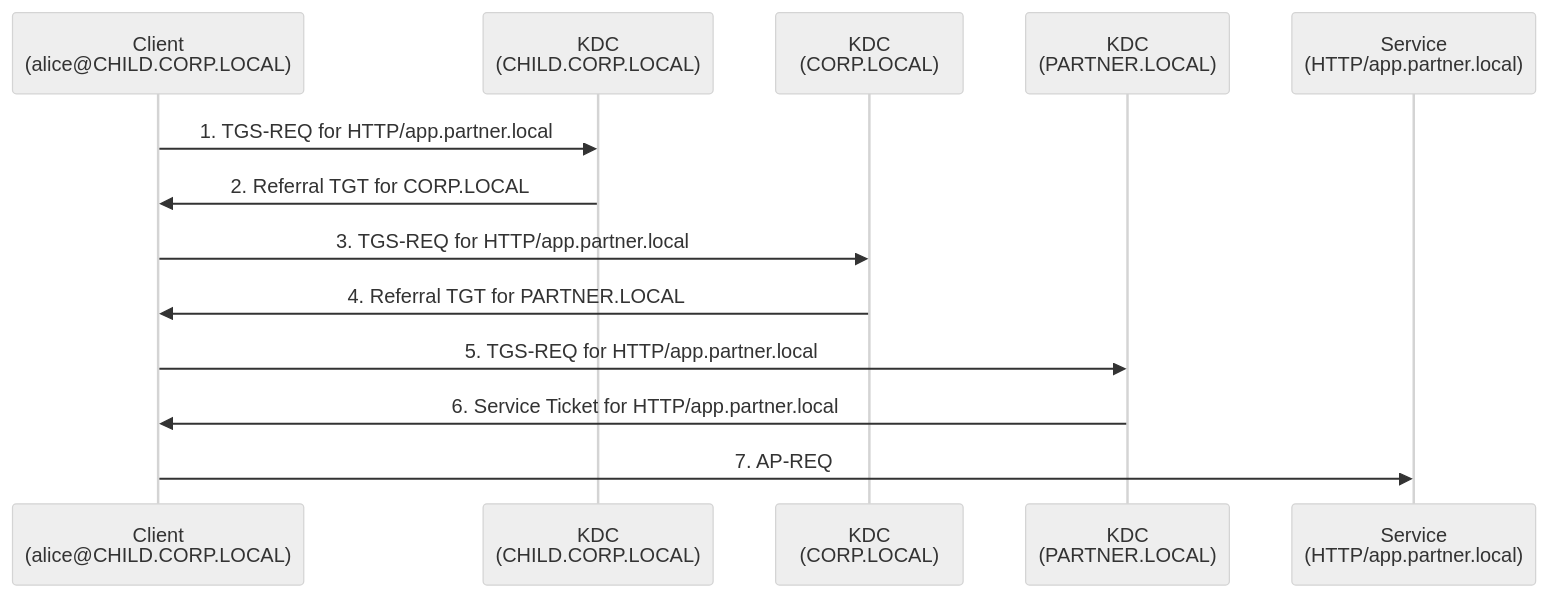
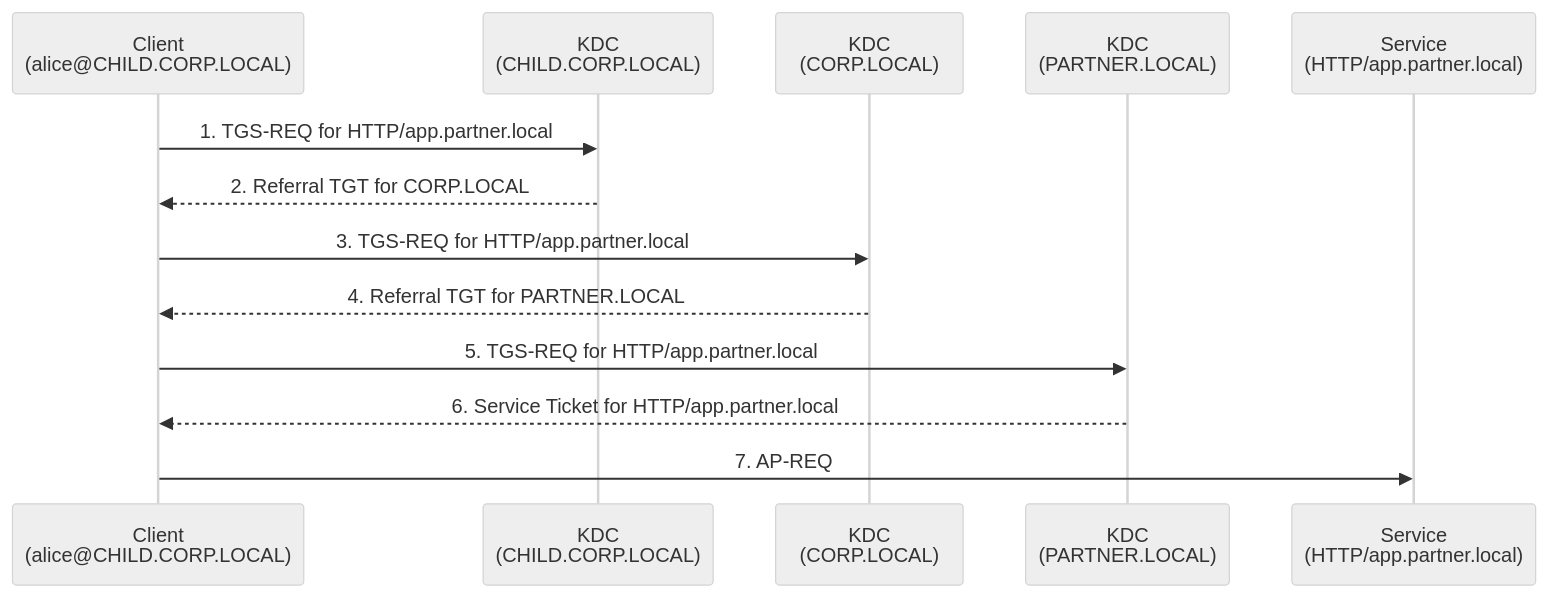
One commit to StrongWind1/Kerberos changed the second of 2 diagrams in content/protocol/cross-realm.md. Above: the diagram before and after it, drawn with Mermaid (neutral theme). The commit also changed other lines of this file and 117 other files, not shown here.

````diff
--- a/content/protocol/cross-realm.md
+++ b/content/protocol/cross-realm.md
@@ -117,19 +139,19 @@
 ```mermaid
 sequenceDiagram
     participant C as Client<br/>(alice@CHILD.CORP.LOCAL)
     participant K1 as KDC<br/>(CHILD.CORP.LOCAL)
     participant K2 as KDC<br/>(CORP.LOCAL)
     participant K3 as KDC<br/>(PARTNER.LOCAL)
     participant S as Service<br/>(HTTP/app.partner.local)
 
     C->>K1: 1. TGS-REQ for HTTP/app.partner.local
-    K1->>C: 2. Referral TGT for CORP.LOCAL
+    K1-->>C: 2. Referral TGT for CORP.LOCAL
 
     C->>K2: 3. TGS-REQ for HTTP/app.partner.local
-    K2->>C: 4. Referral TGT for PARTNER.LOCAL
+    K2-->>C: 4. Referral TGT for PARTNER.LOCAL
 
     C->>K3: 5. TGS-REQ for HTTP/app.partner.local
-    K3->>C: 6. Service Ticket for HTTP/app.partner.local
+    K3-->>C: 6. Service Ticket for HTTP/app.partner.local
 
     C->>S: 7. AP-REQ
 ```
````
